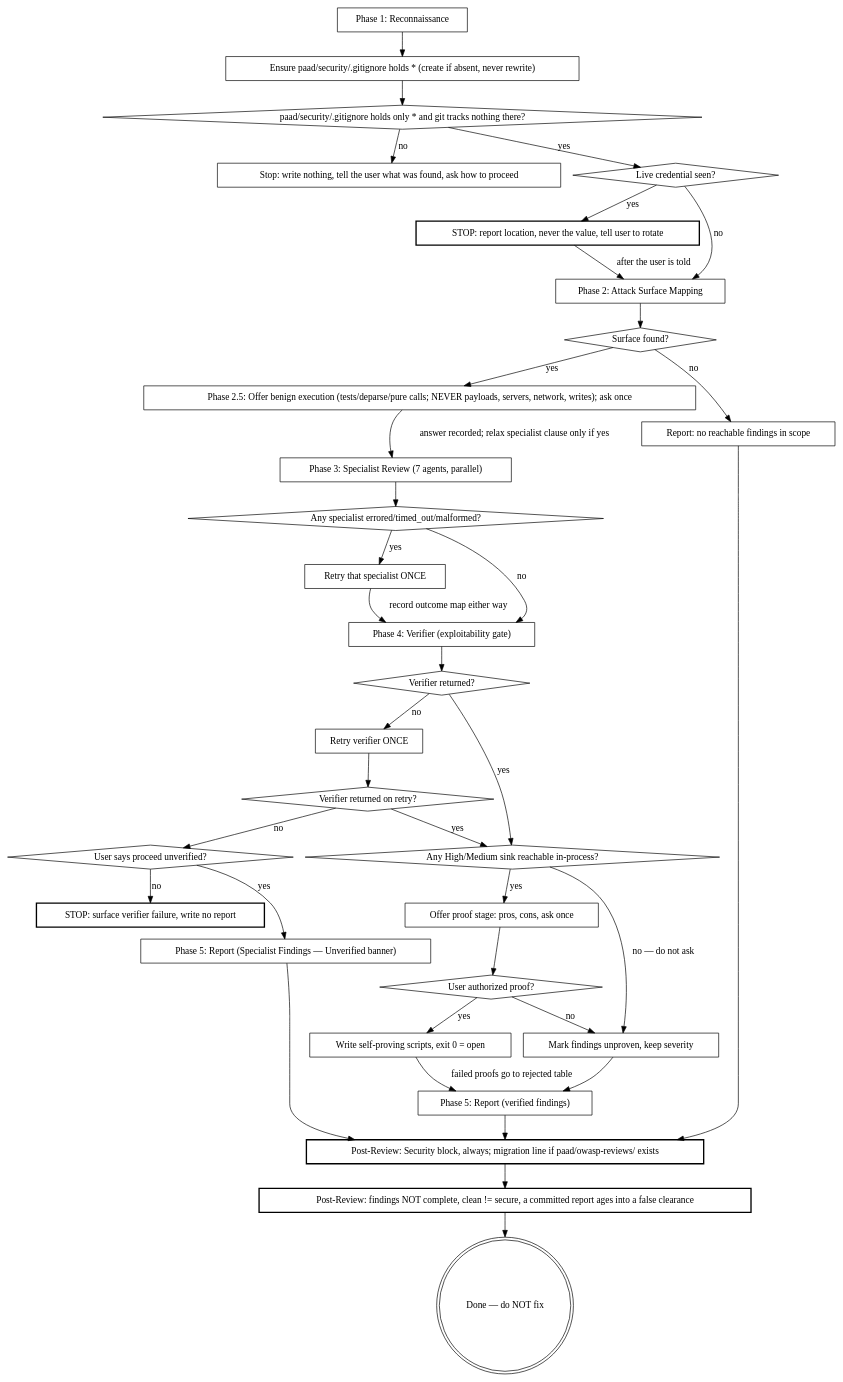
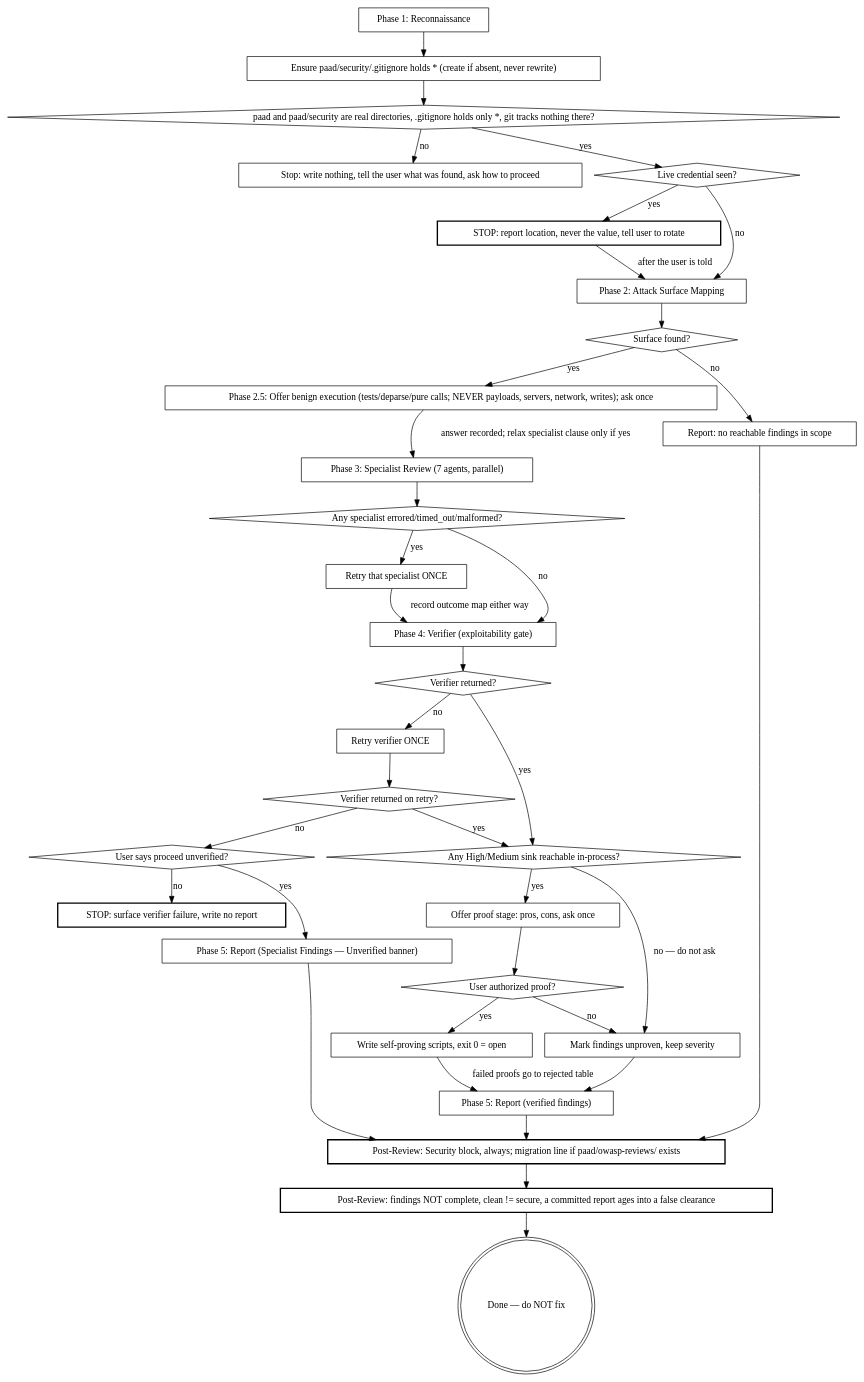
One commit to Ovid/paad changed the second of 3 diagrams in preview/paad/skills/agentic-owasp/SKILL.md. Above: the diagram before and after it, drawn with Graphviz. The commit also changed other lines of this file and 12 other files, not shown here.

````diff
--- a/preview/paad/skills/agentic-owasp/SKILL.md
+++ b/preview/paad/skills/agentic-owasp/SKILL.md
@@ -99,69 +101,69 @@
 ```dot
 digraph session {
   "Phase 1: Reconnaissance" [shape=box];
   "Ensure paad/security/.gitignore holds * (create if absent, never rewrite)" [shape=box];
-  "paad/security/.gitignore holds only * and git tracks nothing there?" [shape=diamond];
+  "paad and paad/security are real directories, .gitignore holds only *, git tracks nothing there?" [shape=diamond];
   "Stop: write nothing, tell the user what was found, ask how to proceed" [shape=box];
   "Live credential seen?" [shape=diamond];
   "STOP: report location, never the value, tell user to rotate" [shape=box, style=bold];
   "Phase 2: Attack Surface Mapping" [shape=box];
   "Surface found?" [shape=diamond];
   "Phase 3: Specialist Review (7 agents, parallel)" [shape=box];
   "Any specialist errored/timed_out/malformed?" [shape=diamond];
   "Retry that specialist ONCE" [shape=box];
   "Phase 4: Verifier (exploitability gate)" [shape=box];
   "Verifier returned?" [shape=diamond];
   "Retry verifier ONCE" [shape=box];
   "Verifier returned on retry?" [shape=diamond];
   "User says proceed unverified?" [shape=diamond];
   "STOP: surface verifier failure, write no report" [shape=box, style=bold];
   "Phase 2.5: Offer benign execution (tests/deparse/pure calls; NEVER payloads, servers, network, writes); ask once" [shape=box];
   "Any High/Medium sink reachable in-process?" [shape=diamond];
   "Offer proof stage: pros, cons, ask once" [shape=box];
   "User authorized proof?" [shape=diamond];
   "Write self-proving scripts, exit 0 = open" [shape=box];
   "Mark findings unproven, keep severity" [shape=box];
   "Phase 5: Report (verified findings)" [shape=box];
   "Phase 5: Report (Specialist Findings — Unverified banner)" [shape=box];
   "Report: no reachable findings in scope" [shape=box];
   "Post-Review: Security block, always; migration line if paad/owasp-reviews/ exists" [shape=box, style=bold];
   "Post-Review: findings NOT complete, clean != secure, a committed report ages into a false clearance" [shape=box, style=bold];
   "Done — do NOT fix" [shape=doublecircle];
 
   "Phase 1: Reconnaissance" -> "Ensure paad/security/.gitignore holds * (create if absent, never rewrite)";
-  "Ensure paad/security/.gitignore holds * (create if absent, never rewrite)" -> "paad/security/.gitignore holds only * and git tracks nothing there?";
-  "paad/security/.gitignore holds only * and git tracks nothing there?" -> "Live credential seen?" [label="yes"];
-  "paad/security/.gitignore holds only * and git tracks nothing there?" -> "Stop: write nothing, tell the user what was found, ask how to proceed" [label="no"];
+  "Ensure paad/security/.gitignore holds * (create if absent, never rewrite)" -> "paad and paad/security are real directories, .gitignore holds only *, git tracks nothing there?";
+  "paad and paad/security are real directories, .gitignore holds only *, git tracks nothing there?" -> "Live credential seen?" [label="yes"];
+  "paad and paad/security are real directories, .gitignore holds only *, git tracks nothing there?" -> "Stop: write nothing, tell the user what was found, ask how to proceed" [label="no"];
   "Live credential seen?" -> "STOP: report location, never the value, tell user to rotate" [label="yes"];
   "STOP: report location, never the value, tell user to rotate" -> "Phase 2: Attack Surface Mapping" [label="after the user is told"];
   "Live credential seen?" -> "Phase 2: Attack Surface Mapping" [label="no"];
   "Phase 2: Attack Surface Mapping" -> "Surface found?";
   "Surface found?" -> "Report: no reachable findings in scope" [label="no"];
   "Surface found?" -> "Phase 2.5: Offer benign execution (tests/deparse/pure calls; NEVER payloads, servers, network, writes); ask once" [label="yes"];
   "Phase 2.5: Offer benign execution (tests/deparse/pure calls; NEVER payloads, servers, network, writes); ask once" -> "Phase 3: Specialist Review (7 agents, parallel)" [label="answer recorded; relax specialist clause only if yes"];
   "Phase 3: Specialist Review (7 agents, parallel)" -> "Any specialist errored/timed_out/malformed?";
   "Any specialist errored/timed_out/malformed?" -> "Retry that specialist ONCE" [label="yes"];
   "Retry that specialist ONCE" -> "Phase 4: Verifier (exploitability gate)" [label="record outcome map either way"];
   "Any specialist errored/timed_out/malformed?" -> "Phase 4: Verifier (exploitability gate)" [label="no"];
   "Phase 4: Verifier (exploitability gate)" -> "Verifier returned?";
   "Verifier returned?" -> "Any High/Medium sink reachable in-process?" [label="yes"];
   "Verifier returned?" -> "Retry verifier ONCE" [label="no"];
   "Retry verifier ONCE" -> "Verifier returned on retry?";
   "Verifier returned on retry?" -> "Any High/Medium sink reachable in-process?" [label="yes"];
   "Verifier returned on retry?" -> "User says proceed unverified?" [label="no"];
   "User says proceed unverified?" -> "Phase 5: Report (Specialist Findings — Unverified banner)" [label="yes"];
   "User says proceed unverified?" -> "STOP: surface verifier failure, write no report" [label="no"];
   "Any High/Medium sink reachable in-process?" -> "Offer proof stage: pros, cons, ask once" [label="yes"];
   "Any High/Medium sink reachable in-process?" -> "Mark findings unproven, keep severity" [label="no — do not ask"];
   "Offer proof stage: pros, cons, ask once" -> "User authorized proof?";
   "User authorized proof?" -> "Write self-proving scripts, exit 0 = open" [label="yes"];
   "User authorized proof?" -> "Mark findings unproven, keep severity" [label="no"];
   "Write self-proving scripts, exit 0 = open" -> "Phase 5: Report (verified findings)" [label="failed proofs go to rejected table"];
   "Mark findings unproven, keep severity" -> "Phase 5: Report (verified findings)";
   "Report: no reachable findings in scope" -> "Post-Review: Security block, always; migration line if paad/owasp-reviews/ exists";
   "Phase 5: Report (verified findings)" -> "Post-Review: Security block, always; migration line if paad/owasp-reviews/ exists";
   "Phase 5: Report (Specialist Findings — Unverified banner)" -> "Post-Review: Security block, always; migration line if paad/owasp-reviews/ exists";
   "Post-Review: Security block, always; migration line if paad/owasp-reviews/ exists" -> "Post-Review: findings NOT complete, clean != secure, a committed report ages into a false clearance";
   "Post-Review: findings NOT complete, clean != secure, a committed report ages into a false clearance" -> "Done — do NOT fix";
 }
 ```
````
